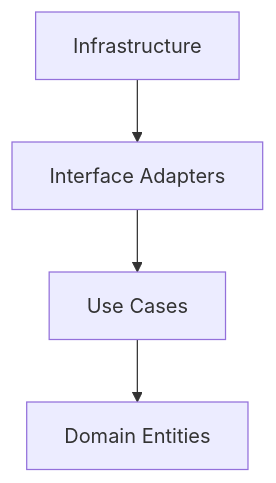
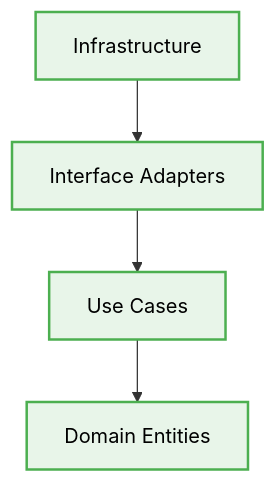
One commit to beginwebdev2002/best-practise changed the second of 10 diagrams in architectures/readme.md. Above: the diagram before and after it, drawn with Mermaid. The commit also changed other lines of this file and 20 other files, not shown here.

First line of the commit message:
docs: update mermaid diagrams with UI/UX design tokens styling

````diff
--- a/architectures/readme.md
+++ b/architectures/readme.md
@@ -93,6 +105,16 @@
 ```mermaid
 graph TD
     Infrastructure[Infrastructure] --> InterfaceAdapters[Interface Adapters]
     InterfaceAdapters --> UseCases[Use Cases]
     UseCases --> Domain[Domain Entities]
+    %% Added Design Token Styles for Mermaid Diagrams
+    classDef default fill:#e1f5fe,stroke:#03a9f4,stroke-width:2px,color:#000;
+    classDef component fill:#e8f5e9,stroke:#4caf50,stroke-width:2px,color:#000;
+    classDef layout fill:#f3e5f5,stroke:#9c27b0,stroke-width:2px,color:#000;
+
+    class Infrastructure component;
+    class InterfaceAdapters component;
+    class UseCases component;
+    class Domain component;
+
 ```
````
